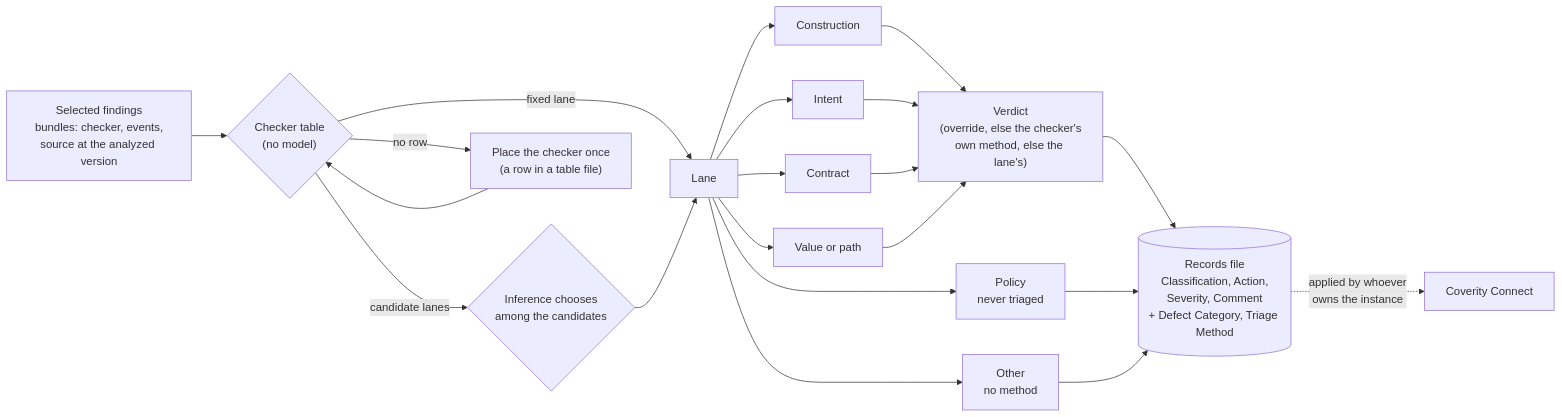
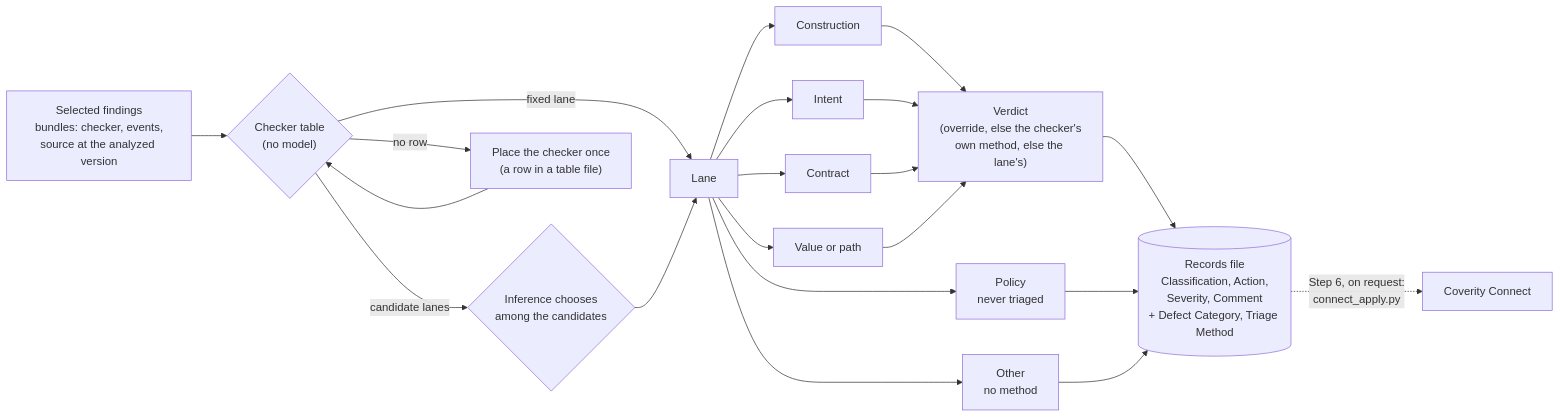
The diagram in coverity-triage/SKILL.md (edtice-goog/CoveritySkills), drawn with Mermaid before and after one commit. The commit also changed other lines of this file and 5 other files, not shown here.

First line of the commit message:
coverity-triage: apply the records to a Connect stream, on request

````diff
--- a/coverity-triage/SKILL.md
+++ b/coverity-triage/SKILL.md
@@ -71,20 +72,20 @@
 ```mermaid
 flowchart LR
     IN["Selected findings<br/>bundles: checker, events,<br/>source at the analyzed version"] --> T{"Checker table<br/>(no model)"}
     T -->|"fixed lane"| L
     T -->|"candidate lanes"| A{"Inference chooses<br/>among the candidates"}
     T -->|"no row"| P["Place the checker once<br/>(a row in a table file)"]
     P --> T
     A --> L["Lane"]
     L --> M1["Construction"]
     L --> M2["Intent"]
     L --> M3["Contract"]
     L --> M4["Value or path"]
     L --> PO["Policy<br/>never triaged"]
     L --> O["Other<br/>no method"]
     M1 & M2 & M3 & M4 --> V["Verdict<br/>(override, else the checker's<br/>own method, else the lane's)"]
     V --> R[("Records file<br/>Classification, Action,<br/>Severity, Comment<br/>+ Defect Category, Triage Method")]
     PO --> R
     O --> R
-    R -.->|"applied by whoever<br/>owns the instance"| C["Coverity Connect"]
+    R -.->|"Step 6, on request:<br/>connect_apply.py"| C["Coverity Connect"]
 ```
````
